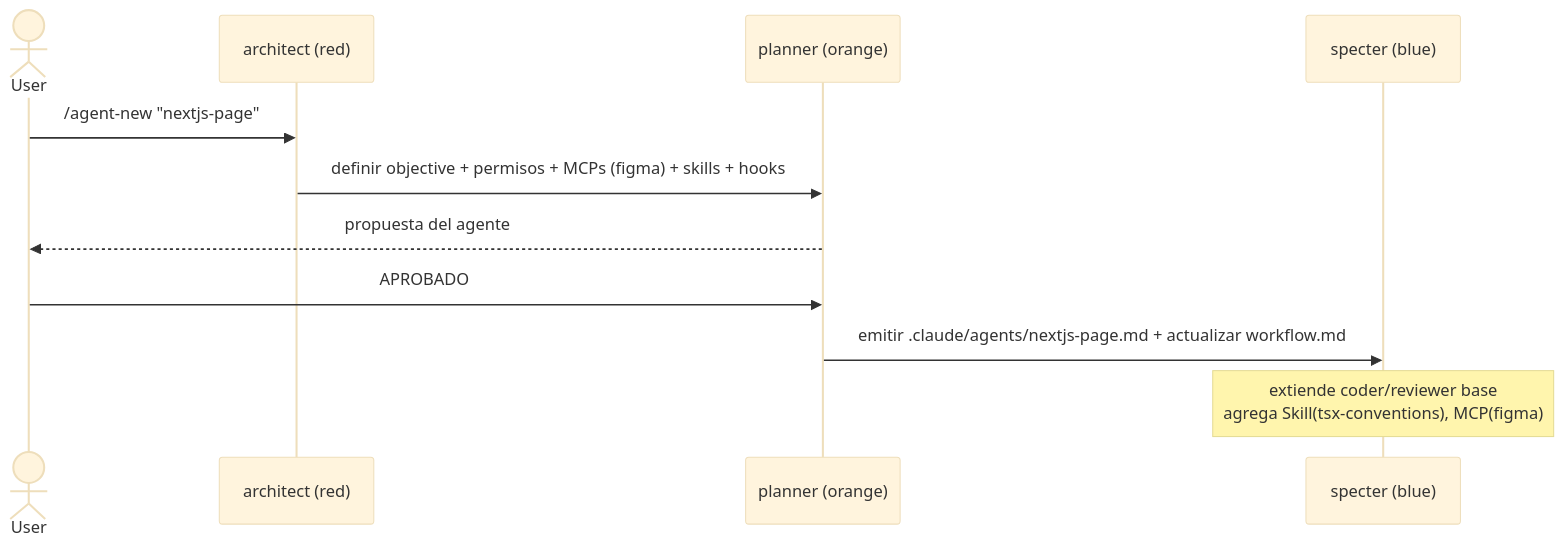
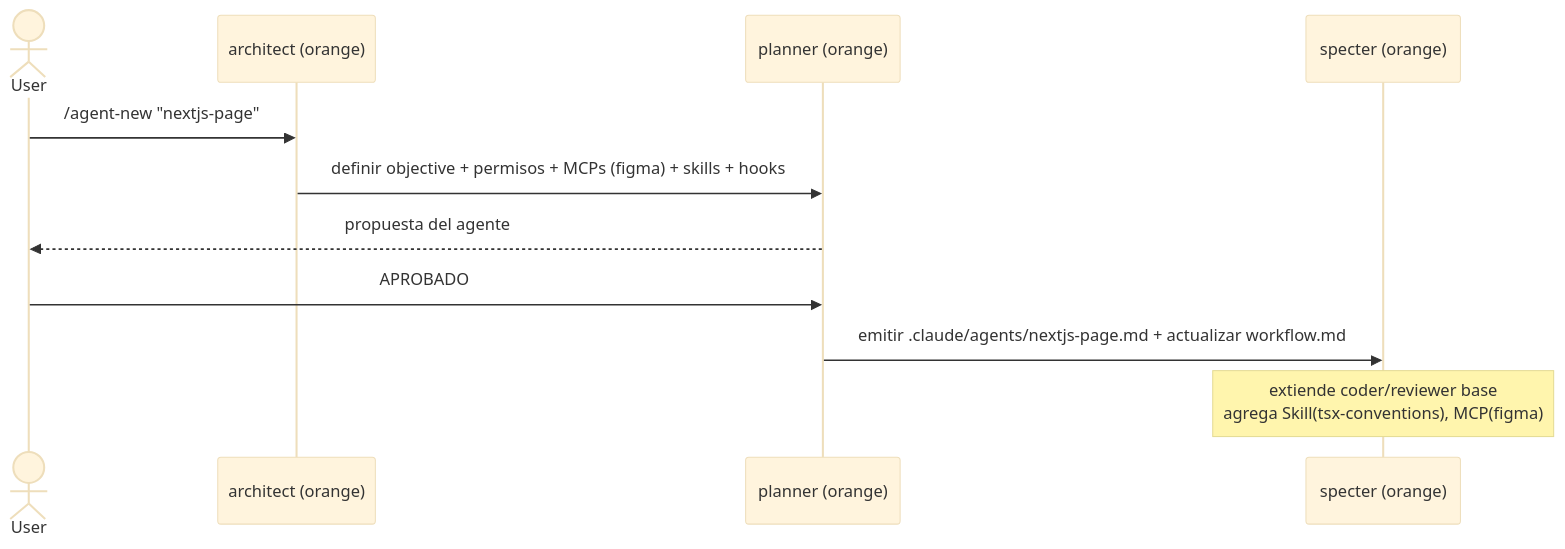
One commit to Christian-Rojas-Rodriguez/open-factory-spec changed the fourth of 4 diagrams in .claude/specs/diagrams/sequences.md. Above: the diagram before and after it, drawn with Mermaid (base theme). The commit also changed other lines of this file and 18 other files, not shown here.

````diff
--- a/.claude/specs/diagrams/sequences.md
+++ b/.claude/specs/diagrams/sequences.md
@@ -171,13 +171,13 @@
 ```mermaid
 sequenceDiagram
     actor User
-    participant AR as architect (red)
+    participant AR as architect (orange)
     participant P as planner (orange)
-    participant S as specter (blue)
+    participant S as specter (orange)
     User->>AR: /agent-new "nextjs-page"
     AR->>P: definir objective + permisos + MCPs (figma) + skills + hooks
     P-->>User: propuesta del agente
     User->>P: APROBADO
     P->>S: emitir .claude/agents/nextjs-page.md + actualizar workflow.md
     Note over S: extiende coder/reviewer base<br/>agrega Skill(tsx-conventions), MCP(figma)
 ```
````
